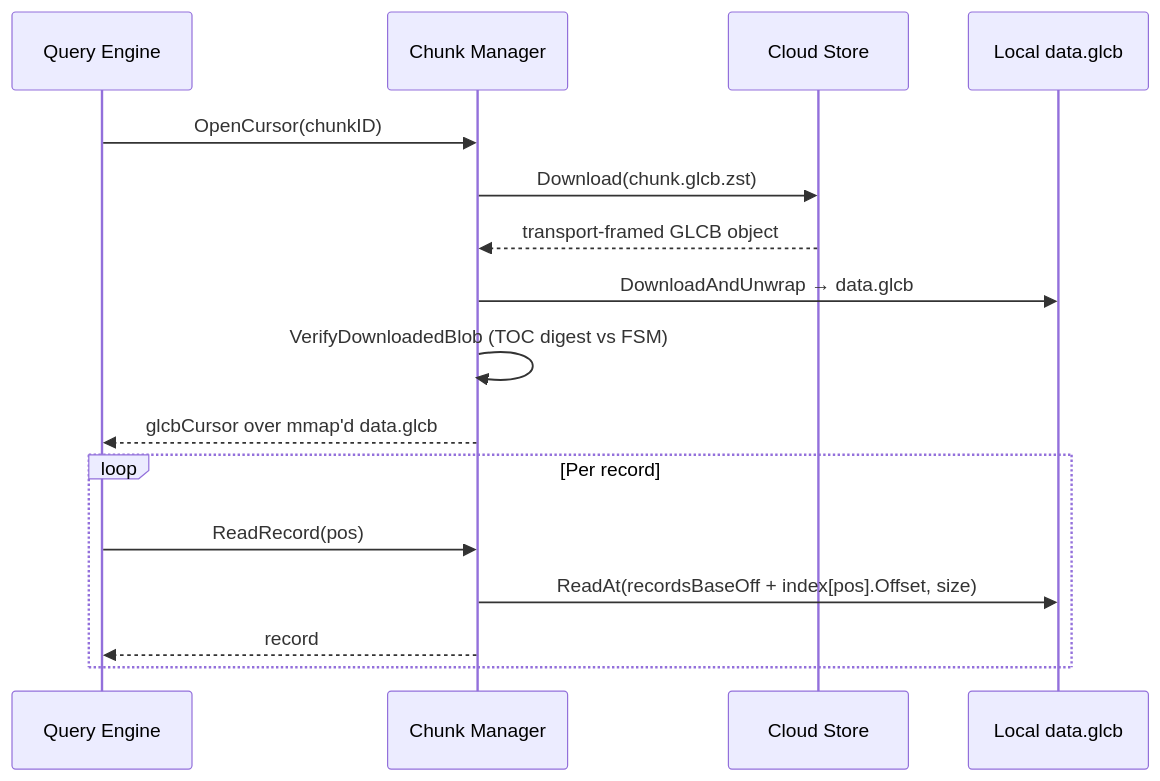
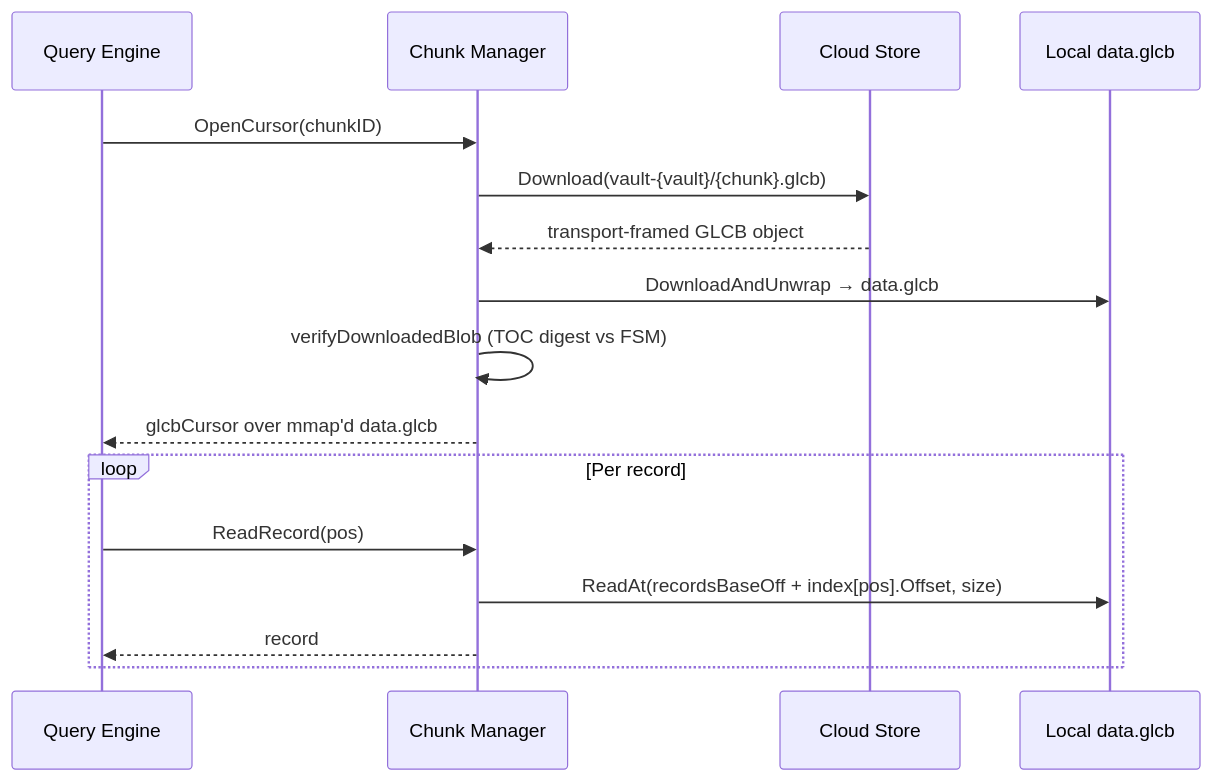
Before and after one commit to kluzzebass/gastrolog: the seventh of 10 diagrams in docs/query_execution.md, drawn with Mermaid. The commit also changed other lines of this file and 112 other files, not shown here.

````diff
--- a/docs/query_execution.md
+++ b/docs/query_execution.md
@@ -269,20 +270,20 @@
 ```mermaid
 sequenceDiagram
     participant QE as Query Engine
     participant CM as Chunk Manager
     participant S3 as Cloud Store
     participant Cache as Local data.glcb
 
     QE->>CM: OpenCursor(chunkID)
-    CM->>S3: Download(chunk.glcb.zst)
+    CM->>S3: Download(vault-{vault}/{chunk}.glcb)
     S3-->>CM: transport-framed GLCB object
     CM->>Cache: DownloadAndUnwrap → data.glcb
-    CM->>CM: VerifyDownloadedBlob (TOC digest vs FSM)
+    CM->>CM: verifyDownloadedBlob (TOC digest vs FSM)
     CM-->>QE: glcbCursor over mmap'd data.glcb
 
     loop Per record
         QE->>CM: ReadRecord(pos)
         CM->>Cache: ReadAt(recordsBaseOff + index[pos].Offset, size)
         CM-->>QE: record
     end
 ```
````
